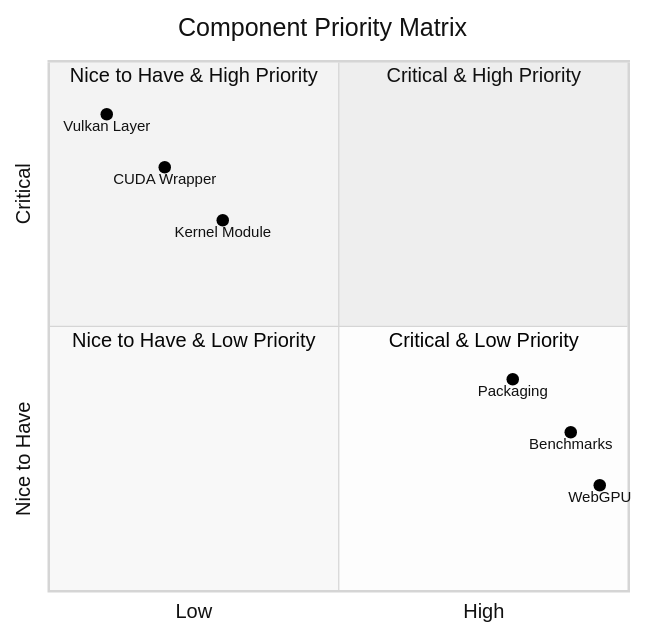
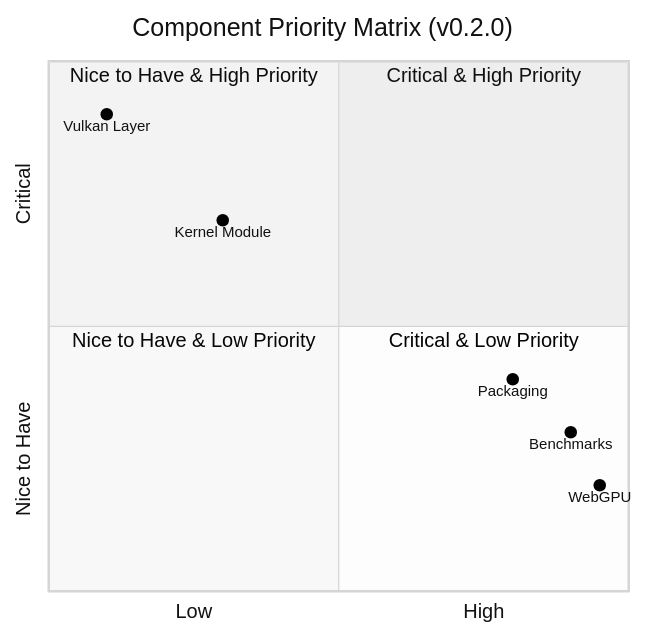
The second of 9 diagrams in docs/MISSING.md (TheCreateGM/mvgal), drawn with Mermaid (neutral theme) before and after one commit. The commit also changed other lines of this file and 16 other files, not shown here.

````diff
--- a/docs/MISSING.md
+++ b/docs/MISSING.md
@@ -62,18 +75,17 @@
 ```mermaid
 quadrantChart
-    title Component Priority Matrix
+    title Component Priority Matrix (v0.2.0)
     x-axis Low --> High
     y-axis Nice to Have --> Critical
     
     quadrant-1 Critical & High Priority
     quadrant-2 Nice to Have & High Priority
     quadrant-3 Nice to Have & Low Priority
     quadrant-4 Critical & Low Priority
     
     Vulkan Layer: [0.1, 0.9]
-    CUDA Wrapper: [0.2, 0.8]
     Kernel Module: [0.3, 0.7]
     Packaging: [0.8, 0.4]
     Benchmarks: [0.9, 0.3]
     WebGPU: [0.95, 0.2]
 ```
````
